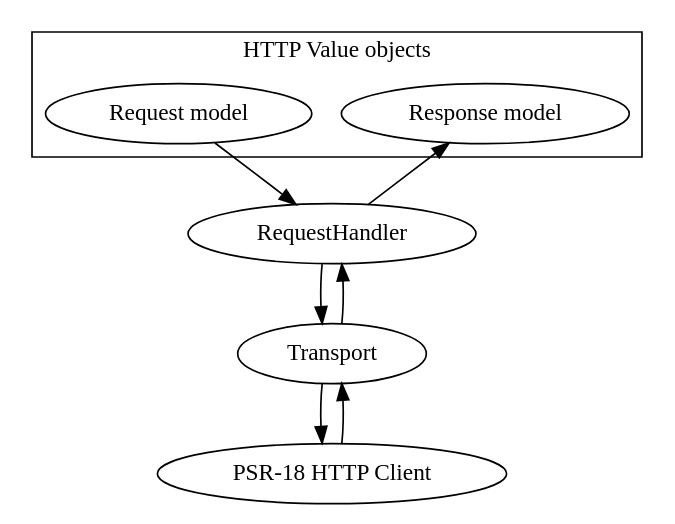
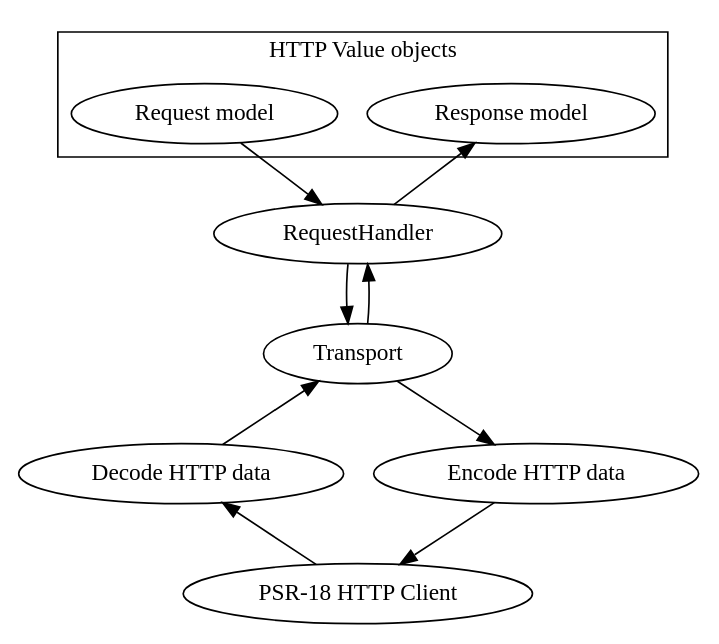
Before and after one commit to phpro/http-tools: the diagram in docs/assets/request-handlers.dot, drawn with Graphviz. The commit also changed 17 other files, not shown here.

```diff
--- a/docs/assets/request-handlers.dot
+++ b/docs/assets/request-handlers.dot
@@ -1,20 +1,26 @@
 digraph RequestHandlers {
 
     subgraph cluster_App {
         label="HTTP Value objects";
 
         Response [label="Response model"];
         Request [label="Request model"];
     }
 
+    Encoder [label="Encode HTTP data"]
+    Decoder [label="Decode HTTP data"]
+    Transport
     RequestHandler;
-    Transport
     PSRHttpClient [label="PSR-18 HTTP Client"]
+
+    {rank = same; Decoder Encoder }
 
     Transport -> RequestHandler
     RequestHandler -> Transport
-    Transport -> PSRHttpClient
-    PSRHttpClient -> Transport
+    Transport -> Encoder
+    Encoder -> PSRHttpClient
+    Decoder -> Transport
+    PSRHttpClient -> Decoder
     RequestHandler -> Response
     Request -> RequestHandler
 }
```
